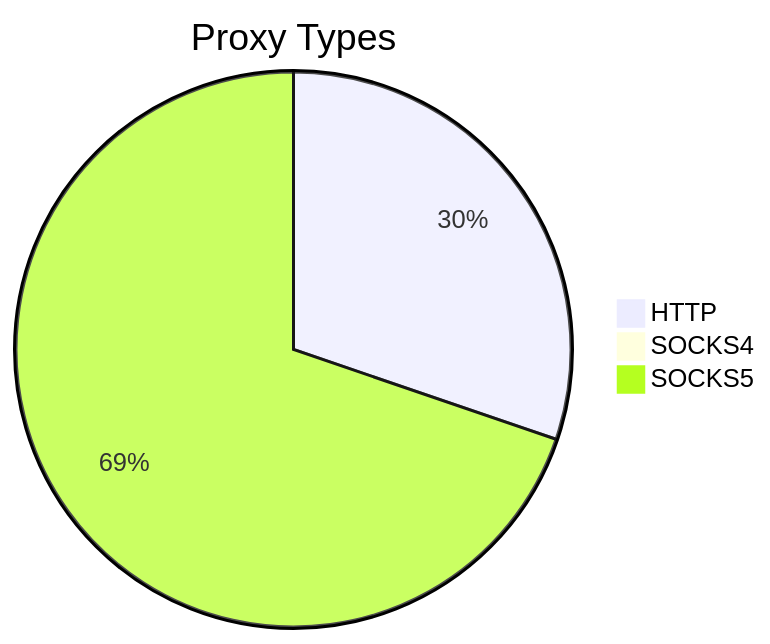
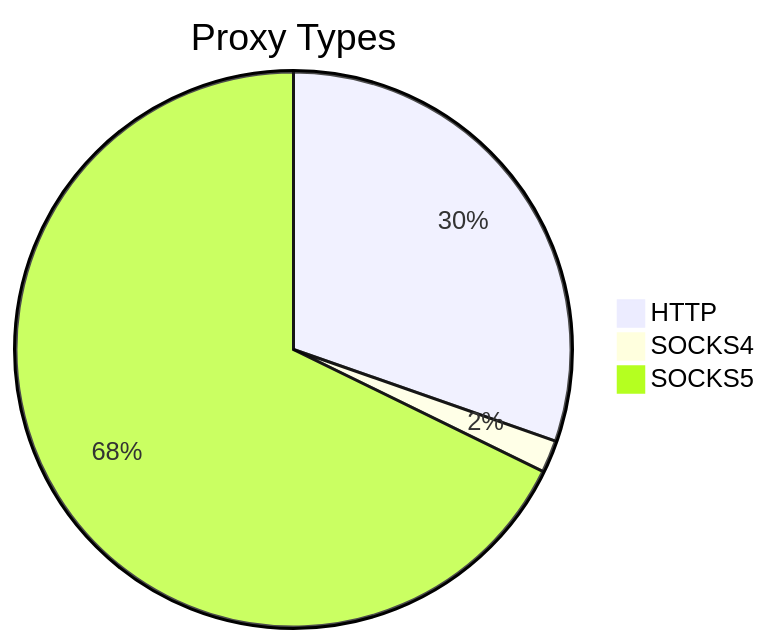
The first of 2 diagrams in README.md (stormsia/proxy-list), drawn with Mermaid before and after one commit. The commit also changed other lines of this file, not shown here.

````diff
--- a/README.md
+++ b/README.md
@@ -21,6 +21,6 @@
 ```mermaid
 pie title Proxy Types
-    "HTTP" : 424
-    "SOCKS4" : 11
-    "SOCKS5" : 978
+    "HTTP" : 740
+    "SOCKS4" : 46
+    "SOCKS5" : 1652
 ```
````
